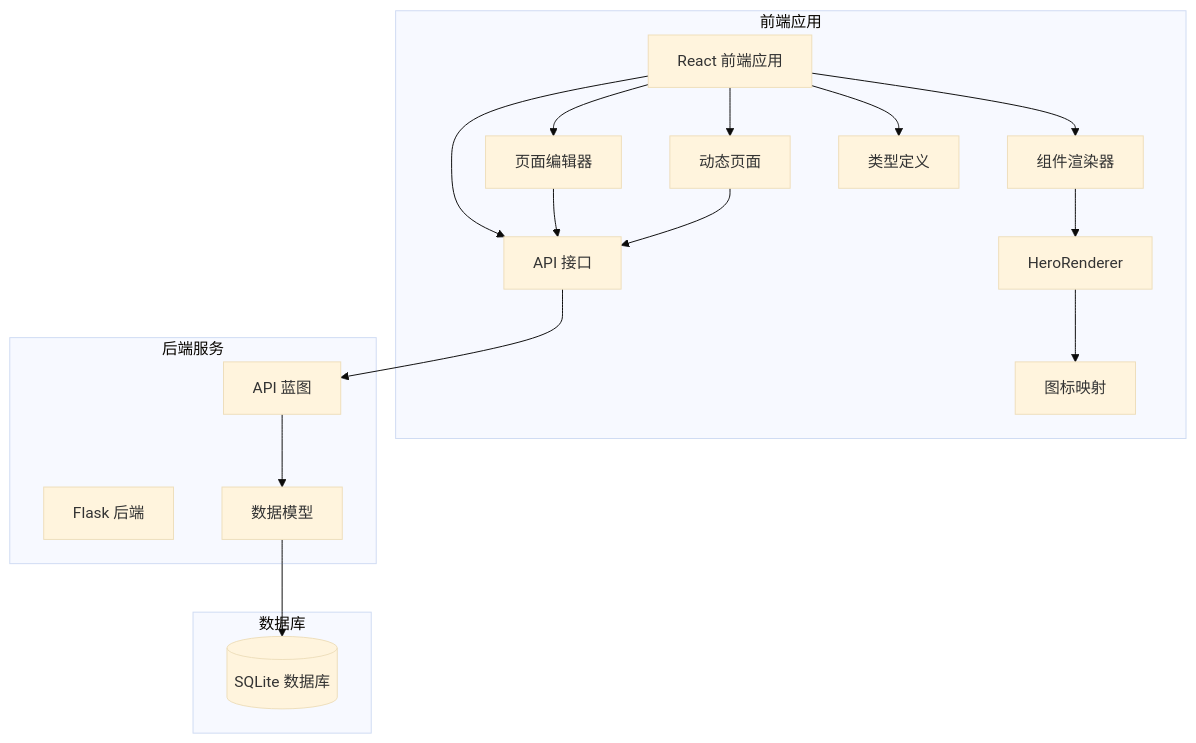
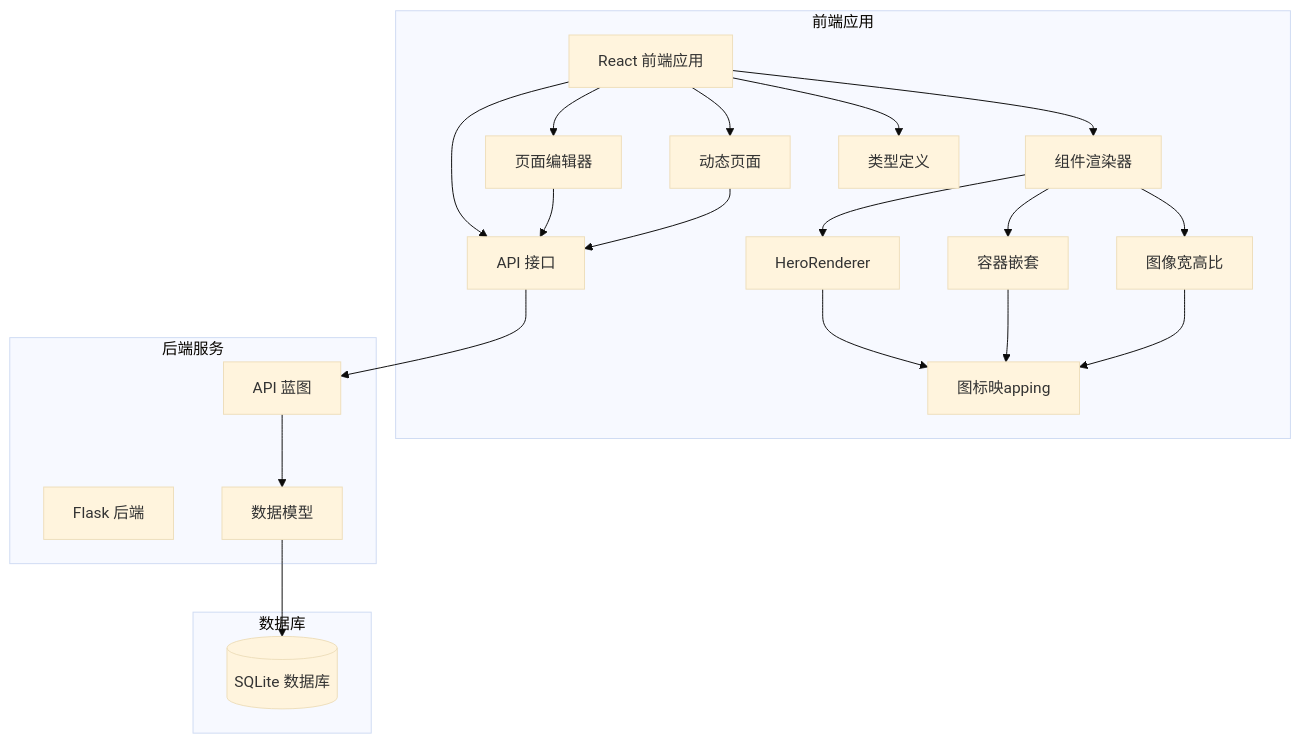
One commit to wyg5208/website_diy changed the first of 15 diagrams in .qoder/repowiki/zh/content/前端组件系统/组件渲染器增强.md. Above: the diagram before and after it, drawn with Mermaid (base theme). The commit also changed other lines of this file and 109 other files, not shown here.

````diff
--- a/.qoder/repowiki/zh/content/前端组件系统/组件渲染器增强.md
+++ b/.qoder/repowiki/zh/content/前端组件系统/组件渲染器增强.md
@@ -51,33 +53,39 @@
 ```mermaid
 graph TB
 subgraph "前端应用"
 FE[React 前端应用]
 CR[组件渲染器]
 HERO[HeroRenderer]
 PE[页面编辑器]
 DP[动态页面]
 API[API 接口]
 TYPES[类型定义]
-ENDPOINTS[图标映射]
+CONTAINER[容器嵌套]
+IMAGE[图像宽高比]
+ENDPOINTS[图标映apping]
 end
 subgraph "后端服务"
 BE[Flask 后端]
 MODELS[数据模型]
 API_BP[API 蓝图]
 end
 subgraph "数据库"
 DB[(SQLite 数据库)]
 end
 FE --> CR
 CR --> HERO
+CR --> CONTAINER
+CR --> IMAGE
 FE --> PE
 FE --> DP
 FE --> API
 FE --> TYPES
 PE --> API
 DP --> API
 API --> API_BP
 API_BP --> MODELS
 MODELS --> DB
 HERO --> ENDPOINTS
+CONTAINER --> ENDPOINTS
+IMAGE --> ENDPOINTS
 ```
````
